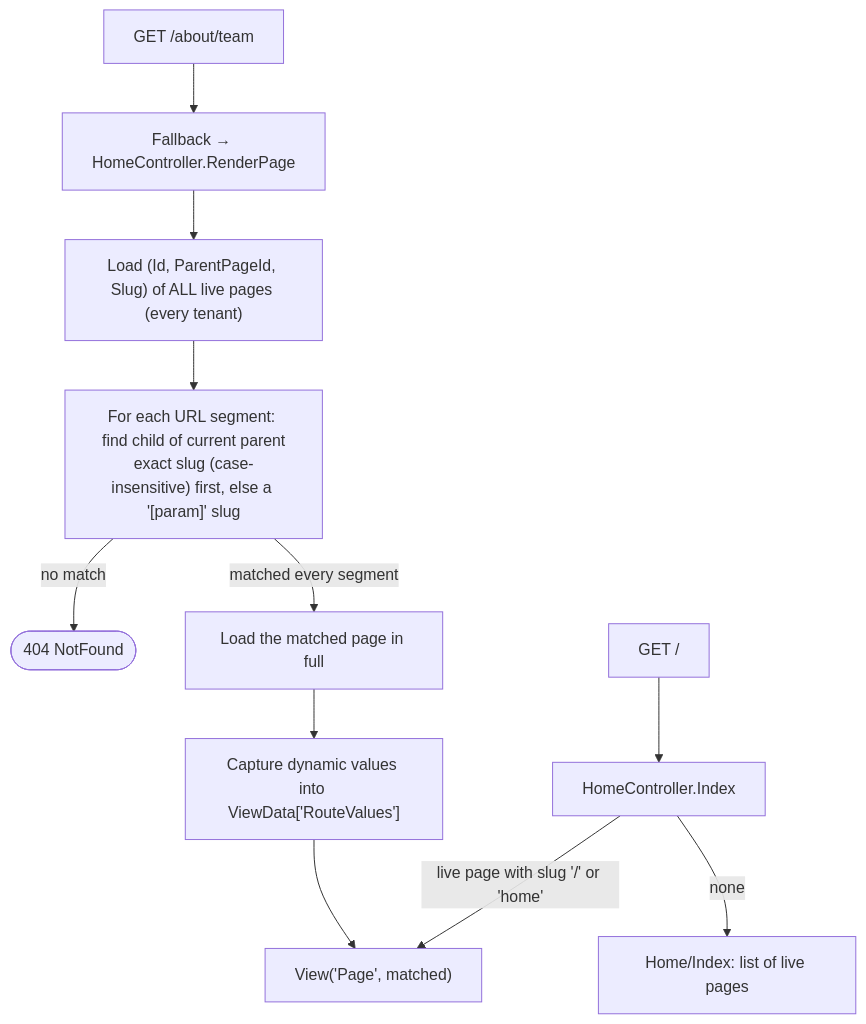
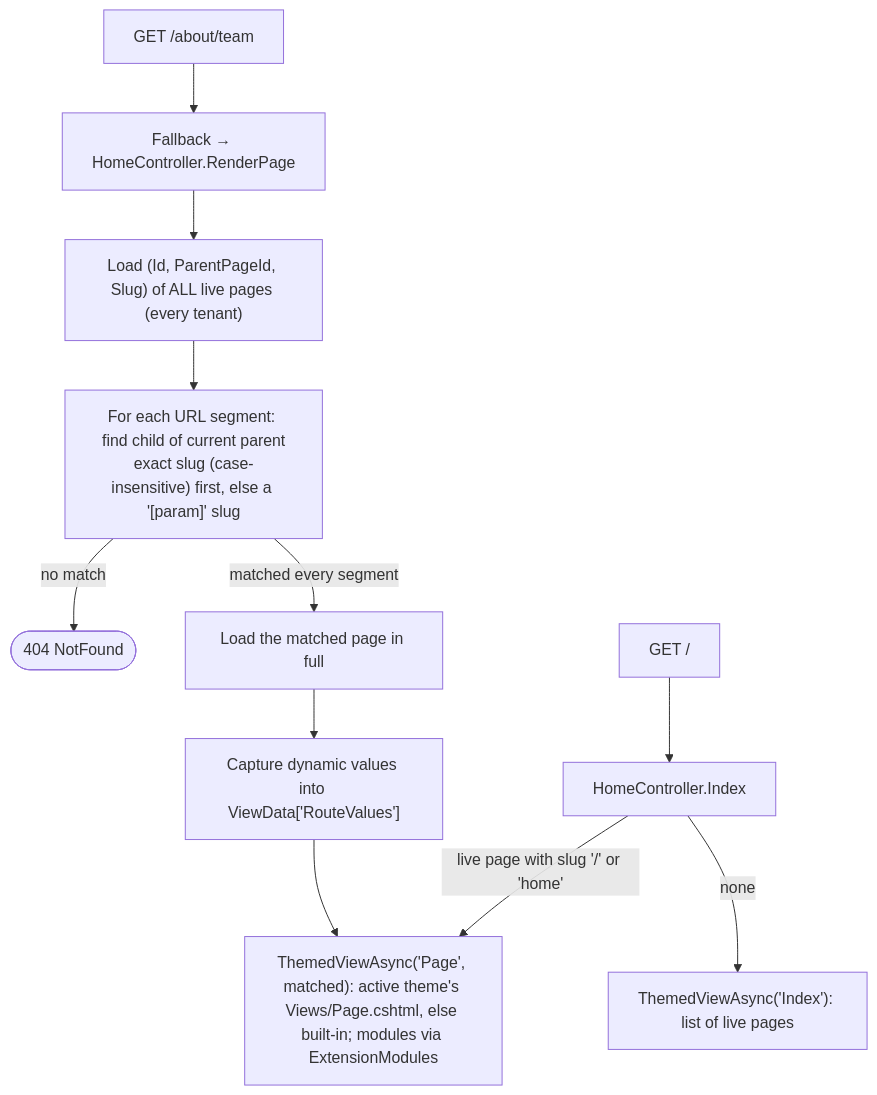
One commit to Albadit/DotNetForge changed the third of 12 diagrams in .docs/architecture/data-flow.md. Above: the diagram before and after it, drawn with Mermaid. The commit also changed other lines of this file and 454 other files, not shown here.

````diff
--- a/.docs/architecture/data-flow.md
+++ b/.docs/architecture/data-flow.md
@@ -117,13 +130,13 @@
 ```mermaid
 flowchart TD
     U["GET /about/team"] --> FB["Fallback → HomeController.RenderPage"]
     FB --> Load["Load (Id, ParentPageId, Slug) of ALL live pages (every tenant)"]
     Load --> Walk["For each URL segment: find child of current parent<br/>exact slug (case-insensitive) first, else a '[param]' slug"]
     Walk -- "no match" --> NF([404 NotFound])
     Walk -- "matched every segment" --> Full["Load the matched page in full"]
     Full --> RV["Capture dynamic values into ViewData['RouteValues']"]
-    RV --> View["View('Page', matched)"]
+    RV --> View["ThemedViewAsync('Page', matched): active theme's Views/Page.cshtml, else built-in; modules via ExtensionModules"]
     Root["GET /"] --> Index["HomeController.Index"]
     Index -- "live page with slug '/' or 'home'" --> View
-    Index -- "none" --> List["Home/Index: list of live pages"]
+    Index -- "none" --> List["ThemedViewAsync('Index'): list of live pages"]
 ```
````
